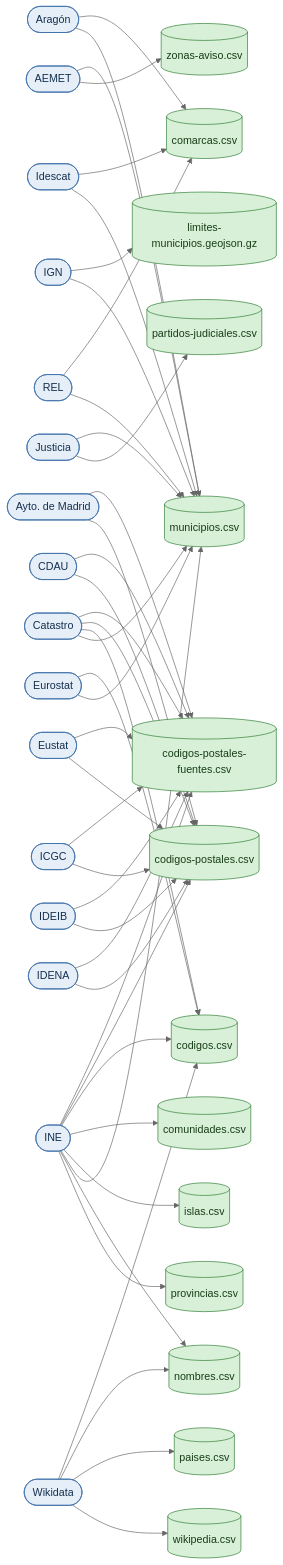
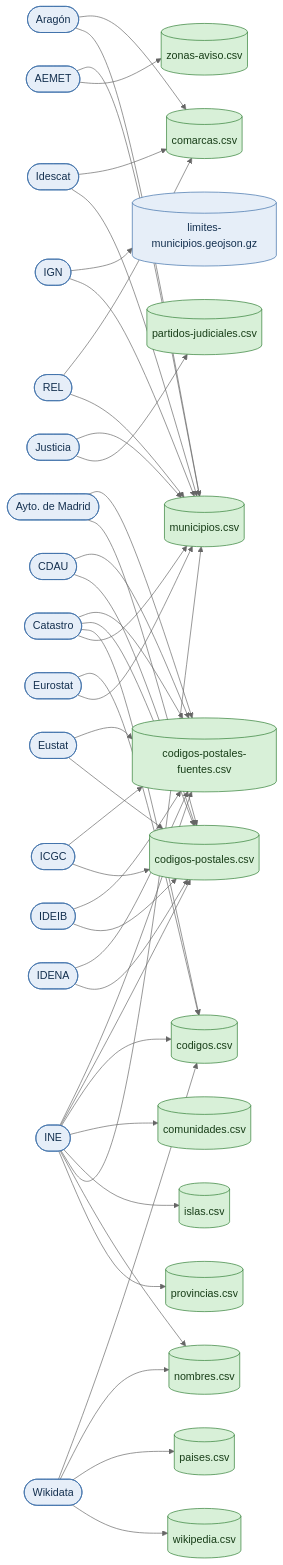
Before and after one commit to alertapublica/territorios-es: the fifth of 6 diagrams in docs/estado.md, drawn with Mermaid (neutral theme). The commit also changed other lines of this file and 8 other files, not shown here.

````diff
--- a/docs/estado.md
+++ b/docs/estado.md
@@ -207,78 +225,79 @@
 ```mermaid
 flowchart LR
+  accTitle: Fuentes
   o_AEMET(["AEMET"]):::box
   o_Aragón(["Aragón"]):::box
   o_Ayto__de_Madrid(["Ayto. de Madrid"]):::box
   o_CDAU(["CDAU"]):::box
   o_Catastro(["Catastro"]):::box
   o_Eurostat(["Eurostat"]):::box
   o_Eustat(["Eustat"]):::box
   o_ICGC(["ICGC"]):::box
   o_IDEIB(["IDEIB"]):::box
   o_IDENA(["IDENA"]):::box
   o_IGN(["IGN"]):::box
   o_INE(["INE"]):::box
   o_Idescat(["Idescat"]):::box
   o_Justicia(["Justicia"]):::box
   o_REL(["REL"]):::box
   o_Wikidata(["Wikidata"]):::box
   f_codigos_postales_fuentes_csv[("codigos-postales-fuentes.csv")]:::done
   f_codigos_postales_csv[("codigos-postales.csv")]:::done
   f_codigos_csv[("codigos.csv")]:::done
   f_comarcas_csv[("comarcas.csv")]:::done
   f_comunidades_csv[("comunidades.csv")]:::done
   f_islas_csv[("islas.csv")]:::done
-  f_limites_municipios_geojson_gz[("limites-municipios.geojson.gz")]:::done
+  f_limites_municipios_geojson_gz[("limites-municipios.geojson.gz")]:::box
   f_municipios_csv[("municipios.csv")]:::done
   f_nombres_csv[("nombres.csv")]:::done
   f_paises_csv[("paises.csv")]:::done
   f_partidos_judiciales_csv[("partidos-judiciales.csv")]:::done
   f_provincias_csv[("provincias.csv")]:::done
   f_wikipedia_csv[("wikipedia.csv")]:::done
   f_zonas_aviso_csv[("zonas-aviso.csv")]:::done
   o_AEMET --> f_municipios_csv
   o_AEMET --> f_zonas_aviso_csv
   o_Aragón --> f_comarcas_csv
   o_Aragón --> f_municipios_csv
   o_Ayto__de_Madrid --> f_codigos_postales_fuentes_csv
   o_Ayto__de_Madrid --> f_codigos_postales_csv
   o_CDAU --> f_codigos_postales_fuentes_csv
   o_CDAU --> f_codigos_postales_csv
   o_Catastro --> f_codigos_postales_fuentes_csv
   o_Catastro --> f_codigos_postales_csv
   o_Catastro --> f_codigos_csv
   o_Catastro --> f_municipios_csv
   o_Eurostat --> f_codigos_csv
   o_Eurostat --> f_municipios_csv
   o_Eustat --> f_codigos_postales_fuentes_csv
   o_Eustat --> f_codigos_postales_csv
   o_ICGC --> f_codigos_postales_fuentes_csv
   o_ICGC --> f_codigos_postales_csv
   o_IDEIB --> f_codigos_postales_fuentes_csv
   o_IDEIB --> f_codigos_postales_csv
   o_IDENA --> f_codigos_postales_fuentes_csv
   o_IDENA --> f_codigos_postales_csv
   o_IGN --> f_limites_municipios_geojson_gz
   o_IGN --> f_municipios_csv
   o_INE --> f_codigos_postales_fuentes_csv
   o_INE --> f_codigos_postales_csv
   o_INE --> f_codigos_csv
   o_INE --> f_comunidades_csv
   o_INE --> f_islas_csv
   o_INE --> f_municipios_csv
   o_INE --> f_nombres_csv
   o_INE --> f_provincias_csv
   o_Idescat --> f_comarcas_csv
   o_Idescat --> f_municipios_csv
   o_Justicia --> f_municipios_csv
   o_Justicia --> f_partidos_judiciales_csv
   o_REL --> f_comarcas_csv
   o_REL --> f_municipios_csv
   o_Wikidata --> f_codigos_csv
   o_Wikidata --> f_nombres_csv
   o_Wikidata --> f_paises_csv
   o_Wikidata --> f_wikipedia_csv
   classDef done fill:#d8f0d8,stroke:#2e7d32,color:#173d17
   classDef todo fill:#fdecc8,stroke:#b26a00,color:#4a2c00,stroke-dasharray:4 3
   classDef box fill:#e6eef8,stroke:#3b6ea8,color:#14304f
 ```
````
